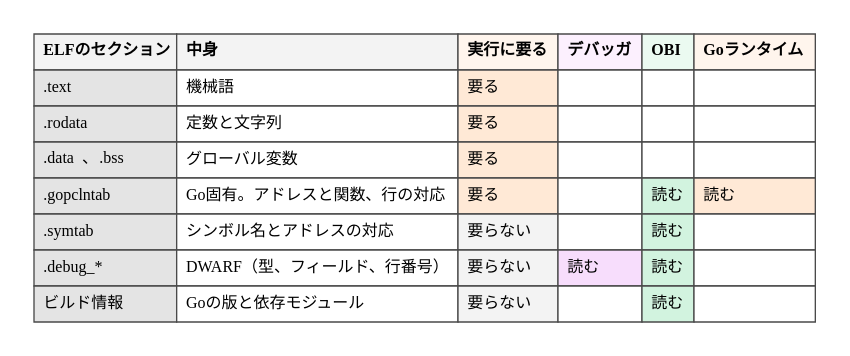
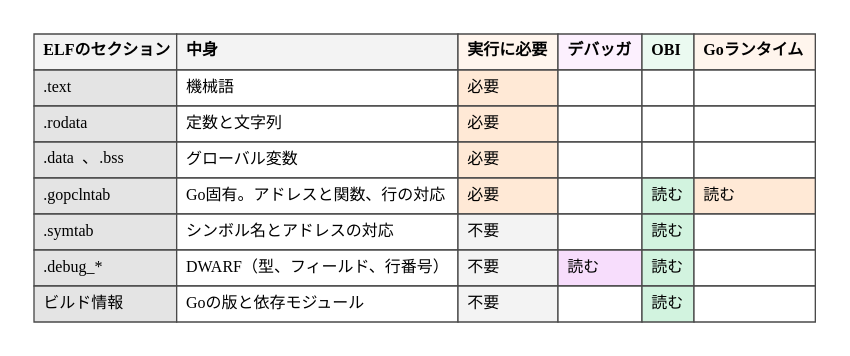
Before and after one commit to ymotongpoo/zenn.dev: the diagram in diagrams/go-ebpf-primer/20260911-elf-sections.dot, drawn with Graphviz. The commit also changed 73 other files, not shown here.

Commit message:
fix(diagrams): 簡略版render.shで劣化した全図版を再レンダリングする

```diff
--- a/diagrams/go-ebpf-primer/20260911-elf-sections.dot
+++ b/diagrams/go-ebpf-primer/20260911-elf-sections.dot
@@ -1,57 +1,57 @@
 // ELFバイナリの中身と、それを読む側
 digraph elf_sections {
   graph [
     fontname="IBM Plex Sans JP", fontsize=13,
     splines=ortho,
     bgcolor="white", pad=0.25
   ];
   node [
     fontname="IBM Plex Sans JP", fontsize=12,
     shape=box, style="rounded,filled",
     fillcolor="#F1F1F1", color="#4A4A4A", penwidth=1.6,
     margin="0.2,0.14"
   ];
   edge [
     fontname="IBM Plex Sans JP", fontsize=11,
     color="#343434", penwidth=1.4, arrowsize=0.9,
     fontcolor="#171717"
   ];
 
   matrix [shape=plain, style="", label=<
     <table border="0" cellborder="1" cellspacing="0" cellpadding="6" color="#4A4A4A">
       <tr><td align="left" bgcolor="#F3F3F3"><b>ELFのセクション</b></td>
           <td align="left" bgcolor="#F3F3F3"><b>中身</b></td>
-          <td align="left" bgcolor="#FFF5ED"><b>実行に要る</b></td>
+          <td align="left" bgcolor="#FFF5ED"><b>実行に必要</b></td>
           <td align="left" bgcolor="#FCF0FE"><b>デバッガ</b></td>
           <td align="left" bgcolor="#EBFAF1"><font face="Poppins"><b>OBI</b></font></td>
           <td align="left" bgcolor="#FFF5ED"><b>Goランタイム</b></td></tr>
       <tr><td align="left" bgcolor="#E4E4E4"><font face="JetBrains Mono">.text</font></td>
           <td align="left" bgcolor="#FFFFFF">機械語</td>
-          <td align="left" bgcolor="#FFE9D6">要る</td>
+          <td align="left" bgcolor="#FFE9D6">必要</td>
           <td align="left" bgcolor="#FFFFFF"></td><td align="left" bgcolor="#FFFFFF"></td><td align="left" bgcolor="#FFFFFF"></td></tr>
       <tr><td align="left" bgcolor="#E4E4E4"><font face="JetBrains Mono">.rodata</font></td>
           <td align="left" bgcolor="#FFFFFF">定数と文字列</td>
-          <td align="left" bgcolor="#FFE9D6">要る</td>
+          <td align="left" bgcolor="#FFE9D6">必要</td>
           <td align="left" bgcolor="#FFFFFF"></td><td align="left" bgcolor="#FFFFFF"></td><td align="left" bgcolor="#FFFFFF"></td></tr>
       <tr><td align="left" bgcolor="#E4E4E4"><font face="JetBrains Mono">.data</font>、<font face="JetBrains Mono">.bss</font></td>
           <td align="left" bgcolor="#FFFFFF">グローバル変数</td>
-          <td align="left" bgcolor="#FFE9D6">要る</td>
+          <td align="left" bgcolor="#FFE9D6">必要</td>
           <td align="left" bgcolor="#FFFFFF"></td><td align="left" bgcolor="#FFFFFF"></td><td align="left" bgcolor="#FFFFFF"></td></tr>
       <tr><td align="left" bgcolor="#E4E4E4"><font face="JetBrains Mono">.gopclntab</font></td>
           <td align="left" bgcolor="#FFFFFF">Go固有。アドレスと関数、行の対応</td>
-          <td align="left" bgcolor="#FFE9D6">要る</td>
+          <td align="left" bgcolor="#FFE9D6">必要</td>
           <td align="left" bgcolor="#FFFFFF"></td><td align="left" bgcolor="#D2F3DF">読む</td><td align="left" bgcolor="#FFE9D6">読む</td></tr>
       <tr><td align="left" bgcolor="#E4E4E4"><font face="JetBrains Mono">.symtab</font></td>
           <td align="left" bgcolor="#FFFFFF">シンボル名とアドレスの対応</td>
-          <td align="left" bgcolor="#F3F3F3">要らない</td>
+          <td align="left" bgcolor="#F3F3F3">不要</td>
           <td align="left" bgcolor="#FFFFFF"></td><td align="left" bgcolor="#D2F3DF">読む</td><td align="left" bgcolor="#FFFFFF"></td></tr>
       <tr><td align="left" bgcolor="#E4E4E4"><font face="JetBrains Mono">.debug_*</font></td>
           <td align="left" bgcolor="#FFFFFF">DWARF（型、フィールド、行番号）</td>
-          <td align="left" bgcolor="#F3F3F3">要らない</td>
+          <td align="left" bgcolor="#F3F3F3">不要</td>
           <td align="left" bgcolor="#F7DDFC">読む</td><td align="left" bgcolor="#D2F3DF">読む</td><td align="left" bgcolor="#FFFFFF"></td></tr>
       <tr><td align="left" bgcolor="#E4E4E4">ビルド情報</td>
           <td align="left" bgcolor="#FFFFFF">Goの版と依存モジュール</td>
-          <td align="left" bgcolor="#F3F3F3">要らない</td>
+          <td align="left" bgcolor="#F3F3F3">不要</td>
           <td align="left" bgcolor="#FFFFFF"></td><td align="left" bgcolor="#D2F3DF">読む</td><td align="left" bgcolor="#FFFFFF"></td></tr>
     </table>>];
 }
```
